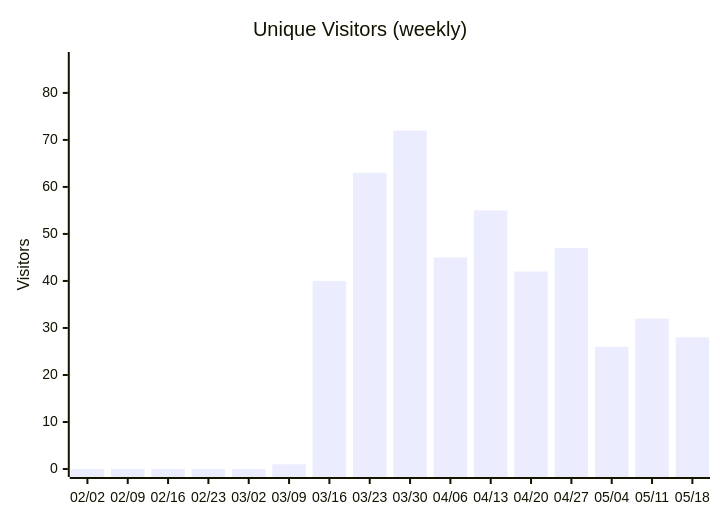
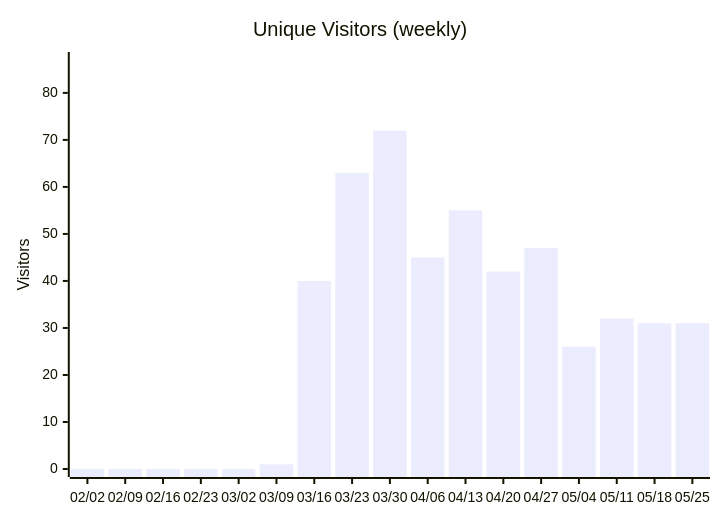
One commit to nablarch/nabledge-dev changed diagram 13 of 14 in docs/metrics.md. Above: the diagram before and after it, drawn with Mermaid. The commit also changed other lines of this file and 2 other files, not shown here.

````diff
--- a/docs/metrics.md
+++ b/docs/metrics.md
@@ -169,7 +169,7 @@
 ```mermaid
 xychart-beta
   title "Unique Visitors (weekly)"
-  x-axis ["02/02", "02/09", "02/16", "02/23", "03/02", "03/09", "03/16", "03/23", "03/30", "04/06", "04/13", "04/20", "04/27", "05/04", "05/11", "05/18"]
+  x-axis ["02/02", "02/09", "02/16", "02/23", "03/02", "03/09", "03/16", "03/23", "03/30", "04/06", "04/13", "04/20", "04/27", "05/04", "05/11", "05/18", "05/25"]
   y-axis "Visitors" 0 --> 87
-  bar [0, 0, 0, 0, 0, 1, 40, 63, 72, 45, 55, 42, 47, 26, 32, 28]
+  bar [0, 0, 0, 0, 0, 1, 40, 63, 72, 45, 55, 42, 47, 26, 32, 31, 31]
 ```
````
